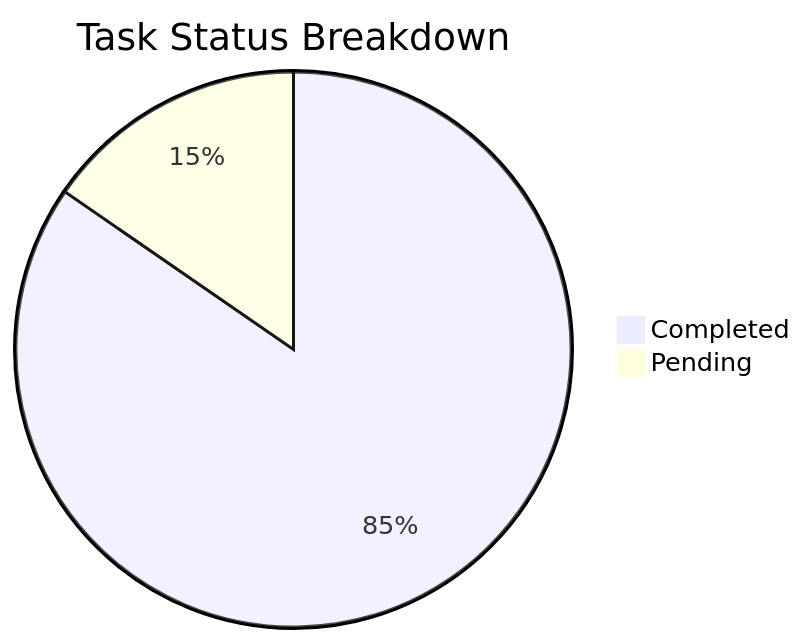
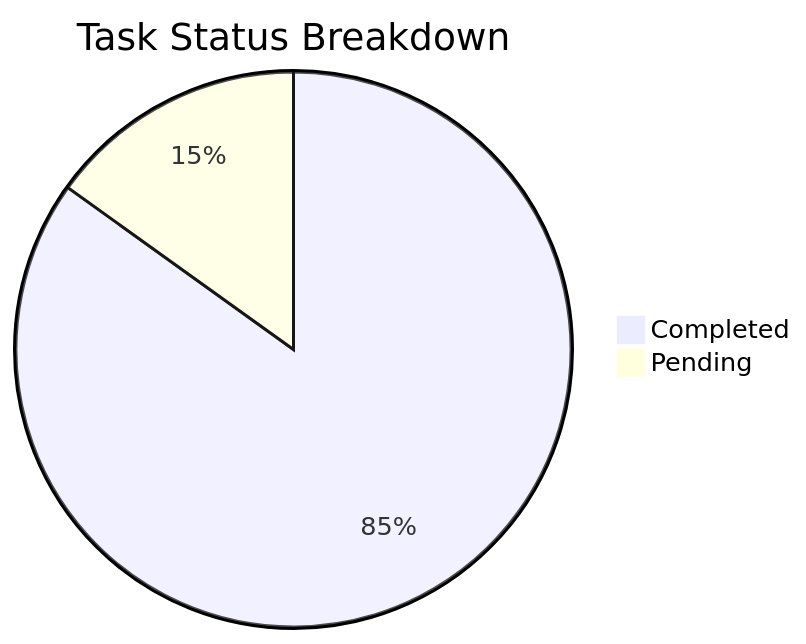
The first of 2 diagrams in Sanchay/Analytics.md (sagarms97/MyWorkDairy), drawn with Mermaid before and after one commit. The commit also changed other lines of this file and 6 other files, not shown here.

````diff
--- a/Sanchay/Analytics.md
+++ b/Sanchay/Analytics.md
@@ -12,5 +12,5 @@
 ```mermaid
 pie title Task Status Breakdown
-    "Completed" : 44
+    "Completed" : 45
     "Pending" : 8
 ```
````
